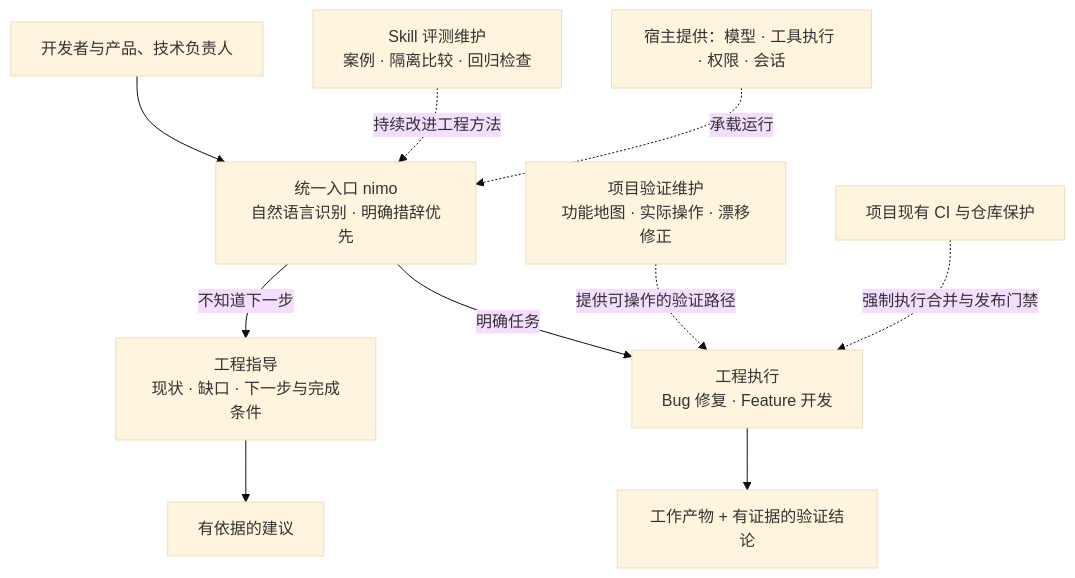
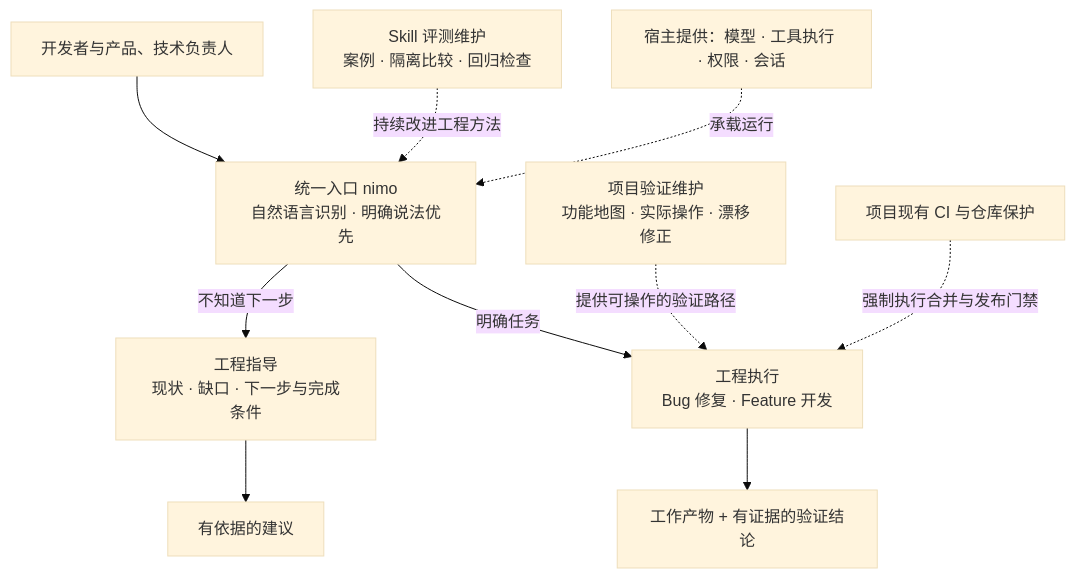
One commit to ttttstc/nimo changed the second of 2 diagrams in README.md. Above: the diagram before and after it, drawn with Mermaid (base theme). The commit also changed other lines of this file and 1 other file, not shown here.

Commit message:
docs: 恢复 pstack 风格 README 并补充能力架构图与主要流程图

````diff
--- a/README.md
+++ b/README.md
@@ -41,12 +205,12 @@
 ```mermaid
 flowchart TB
-    U[开发者与产品、技术负责人] --> E[统一入口 nimo<br/>自然语言识别 · 明确措辞优先]
+    U[开发者与产品、技术负责人] --> E[统一入口 nimo<br/>自然语言识别 · 明确说法优先]
     E -->|不知道下一步| G[工程指导<br/>现状 · 缺口 · 下一步与完成条件]
     E -->|明确任务| X[工程执行<br/>Bug 修复 · Feature 开发]
     G --> R[有依据的建议]
     X --> R2[工作产物 + 有证据的验证结论]
     V[项目验证维护<br/>功能地图 · 实际操作 · 漂移修正] -.提供可操作的验证路径.-> X
     A[Skill 评测维护<br/>案例 · 隔离比较 · 回归检查] -.持续改进工程方法.-> E
     H[宿主提供：模型 · 工具执行 · 权限 · 会话] -.承载运行.-> E
     CI[项目现有 CI 与仓库保护] -.强制执行合并与发布门禁.-> X
 ```
````
